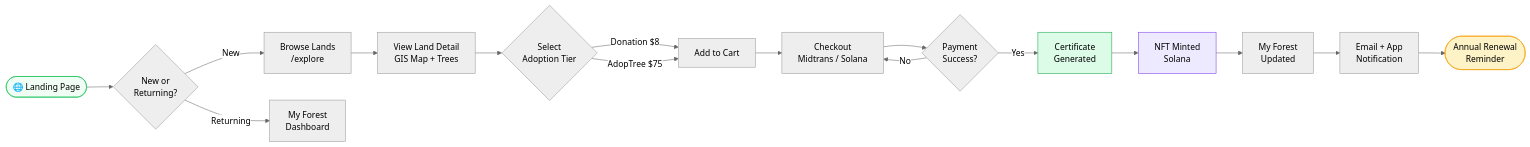
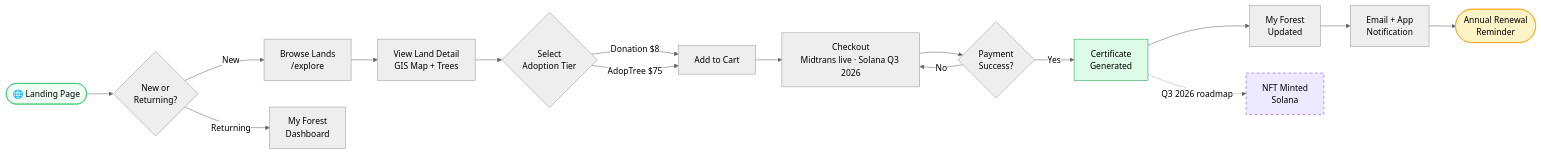
The fourth of 10 diagrams in AdopTreeWorld/prd/PRD-AdopTree-Investor.md (ajarka/public-documentation), drawn with Mermaid (neutral theme) before and after one commit. The commit also changed other lines of this file, not shown here.

Commit message:
feat: update PRD for Investor Edition to v2.3 with new highlights and roadmap details

````diff
--- a/AdopTreeWorld/prd/PRD-AdopTree-Investor.md
+++ b/AdopTreeWorld/prd/PRD-AdopTree-Investor.md
@@ -693,23 +698,23 @@
 ```mermaid
 flowchart LR
     A([🌐 Landing Page]) --> B{New or<br/>Returning?}
     B -->|New| C[Browse Lands<br/>/explore]
     B -->|Returning| D[My Forest<br/>Dashboard]
     C --> E[View Land Detail<br/>GIS Map + Trees]
     E --> F{Select<br/>Adoption Tier}
     F -->|Donation $8| G[Add to Cart]
     F -->|AdopTree $75| G
-    G --> H[Checkout<br/>Midtrans / Solana]
+    G --> H[Checkout<br/>Midtrans live · Solana Q3 2026]
     H --> I{Payment<br/>Success?}
     I -->|Yes| J[Certificate<br/>Generated]
     I -->|No| H
-    J --> K[NFT Minted<br/>Solana]
-    K --> L[My Forest<br/>Updated]
+    J --> L[My Forest<br/>Updated]
     L --> M[Email + App<br/>Notification]
     M --> N([Annual Renewal<br/>Reminder])
+    J -.->|Q3 2026 roadmap| K[NFT Minted<br/>Solana]
 
     style A fill:#f0fdf4,stroke:#22c55e
     style J fill:#dcfce7,stroke:#16a34a
-    style K fill:#ede9fe,stroke:#7c3aed
+    style K fill:#ede9fe,stroke:#7c3aed,stroke-dasharray: 5 5
     style N fill:#fef3c7,stroke:#f59e0b
 ```
````
